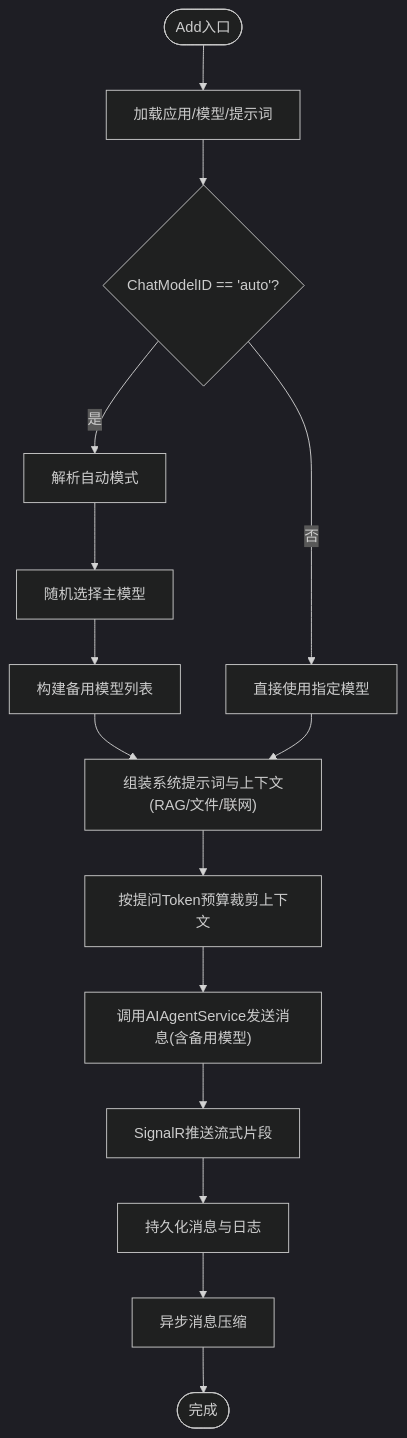
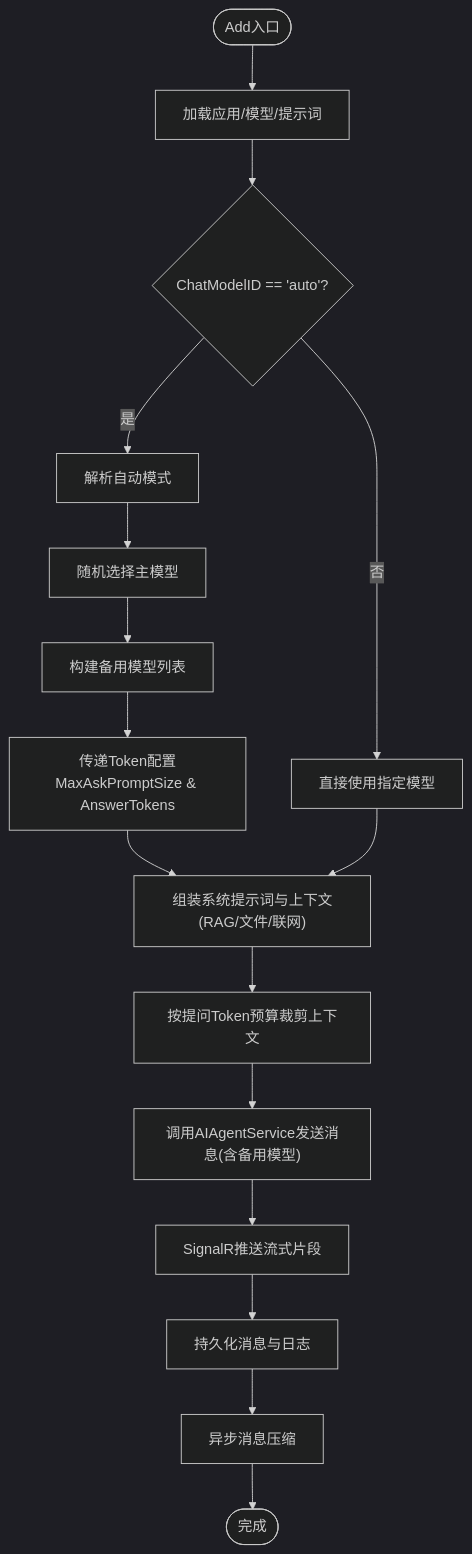
One commit to junkai-li/NetCoreKevin changed the fourth of 7 diagrams in .qoder/repowiki/zh/content/核心模块/AI智能助手/聊天对话.md. Above: the diagram before and after it, drawn with Mermaid (dark theme). The commit also changed other lines of this file and 41 other files, not shown here.

````diff
--- a/.qoder/repowiki/zh/content/核心模块/AI智能助手/聊天对话.md
+++ b/.qoder/repowiki/zh/content/核心模块/AI智能助手/聊天对话.md
@@ -186,17 +195,18 @@
 ```mermaid
 flowchart TD
 SvcStart(["Add入口"]) --> LoadCfg["加载应用/模型/提示词"]
 LoadCfg --> AutoCheck{"ChatModelID == 'auto'?"}
 AutoCheck -- 是 --> AutoResolve["解析自动模式"]
 AutoResolve --> RandomModel["随机选择主模型"]
 RandomModel --> FallbackList["构建备用模型列表"]
+FallbackList --> PassTokens["传递Token配置<br/>MaxAskPromptSize & AnswerTokens"]
 AutoCheck -- 否 --> UseDirect["直接使用指定模型"]
-FallbackList --> BuildCtx["组装系统提示词与上下文(RAG/文件/联网)"]
+PassTokens --> BuildCtx["组装系统提示词与上下文(RAG/文件/联网)"]
 UseDirect --> BuildCtx
 BuildCtx --> Trim["按提问Token预算裁剪上下文"]
 Trim --> CallAgent["调用AIAgentService发送消息(含备用模型)"]
 CallAgent --> Push["SignalR推送流式片段"]
 Push --> Persist["持久化消息与日志"]
 Persist --> AsyncCompaction["异步消息压缩"]
 AsyncCompaction --> End(["完成"])
 ```
````
